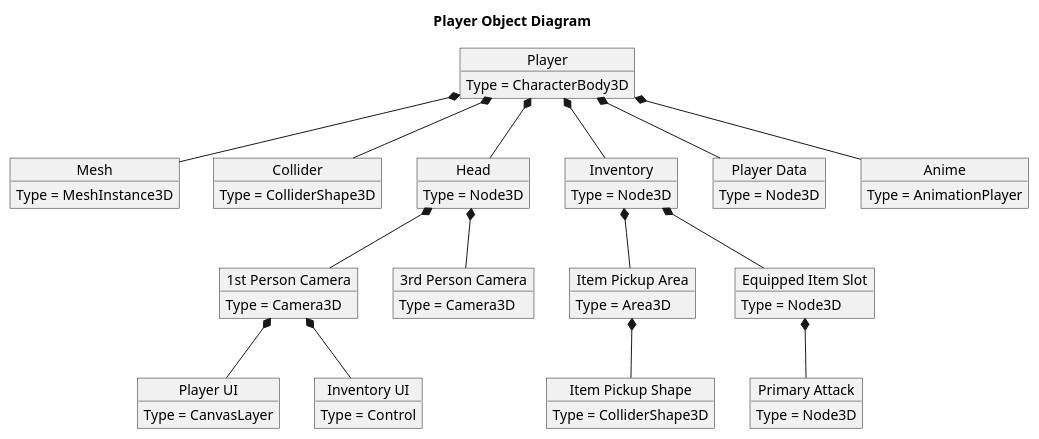
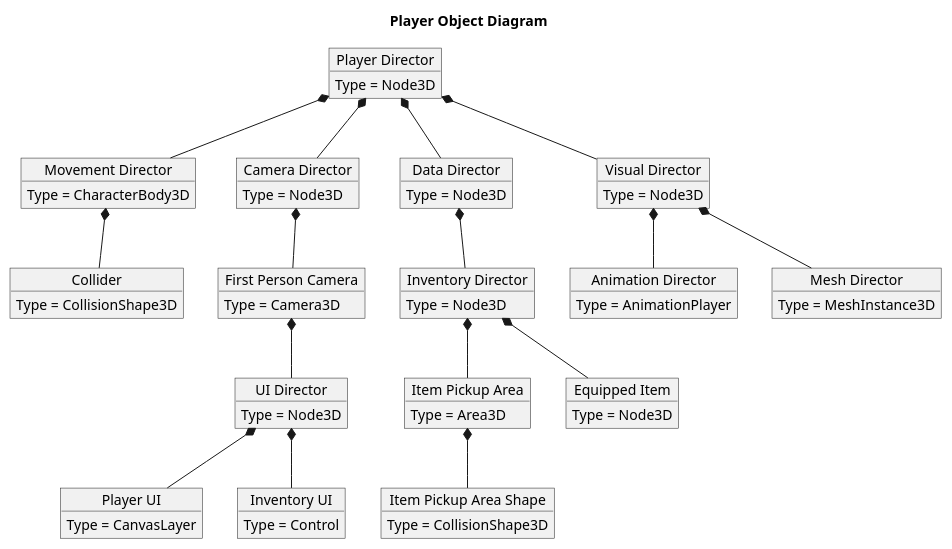
Before and after one commit to kjtkanaly/LearningGodot: the diagram in UML Diagrams/src/Player Object.puml, drawn with PlantUML.

Commit message:
Updated the Player Object diagram

```diff
--- a/UML Diagrams/src/Player Object.puml
+++ b/UML Diagrams/src/Player Object.puml
@@ -1,58 +1,56 @@
 @startuml Player Object
 
 title Player Object Diagram
 
-object Player
+object "Player Director" as Player
 
-object Mesh
-object Collider
-object Head
-object Inventory
-object "Player Data" as PlayerData
-object Anime
-object "1st Person Camera" as FPS
-object "3rd Person Camera" as TPS
+object "Movement Director" as Movement
+object "Camera Director" as Camera
+object "Data Director" as Data
+object "Visual Director" as Visual
+object "Collider" as Collider
+object "First Person Camera" as FPS
+object "UI Director" as UI_Director
 object "Player UI" as PlayerUI
 object "Inventory UI" as InventoryUI
-object "Item Pickup Area" as ItemPickupArea
-object "Equipped Item Slot" as EquipItemSlot
-object "Item Pickup Shape" as ItemPickupShape
-object "Primary Attack" as PrimaryAttack
+object "Animation Director" as Animation
+object "Mesh Director" as Mesh
+object "Inventory Director" as InventoryDir
+object "Item Pickup Area" as PickupArea
+object "Item Pickup Area Shape" as PickupShape
+object "Equipped Item" as EquippedItem
 
-Player : Type = CharacterBody3D
-Mesh : Type = MeshInstance3D
-Collider : Type = ColliderShape3D
-Head : Type = Node3D
-Inventory : Type = Node3D
-PlayerData : Type = Node3D
-Anime : Type = AnimationPlayer
+Player : Type = Node3D
+Movement : Type = CharacterBody3D
+Camera : Type = Node3D
+Data : Type = Node3D
+Visual : Type = Node3D
+Collider : Type = CollisionShape3D
 FPS : Type = Camera3D
-TPS : Type = Camera3D
+UI_Director : Type = Node3D
 PlayerUI : Type = CanvasLayer
 InventoryUI : Type = Control
-ItemPickupArea : Type = Area3D
-EquipItemSlot : Type = Node3D
-ItemPickupShape : Type = ColliderShape3D
-PrimaryAttack : Type = Node3D
+Animation : Type = AnimationPlayer
+Mesh : Type = MeshInstance3D
+InventoryDir : Type = Node3D
+PickupArea : Type = Area3D
+PickupShape : Type = CollisionShape3D
+EquippedItem : Type = Node3D
 
-Player *-- Mesh
-Player *-- Collider
-Player *-- Head
-Player *-- Inventory
-Player *-- PlayerData
-Player *-- Anime
-
-Head *-- FPS
-Head *-- TPS
-
-FPS *-- PlayerUI
-FPS *-- InventoryUI
-
-Inventory *-- ItemPickupArea
-Inventory *-- EquipItemSlot
-
-ItemPickupArea *-- ItemPickupShape
-
-EquipItemSlot *-- PrimaryAttack
+Player *-- Movement
+Player *-- Camera
+Player *-- Data
+Player *-- Visual
+Movement *-- Collider
+Camera *-- FPS
+FPS *-- UI_Director
+UI_Director *-- PlayerUI
+UI_Director *-- InventoryUI
+Visual *-- Animation
+Visual *-- Mesh
+Data *-- InventoryDir
+InventoryDir *-- PickupArea
+PickupArea *-- PickupShape
+InventoryDir *-- EquippedItem
 
 @enduml
```
